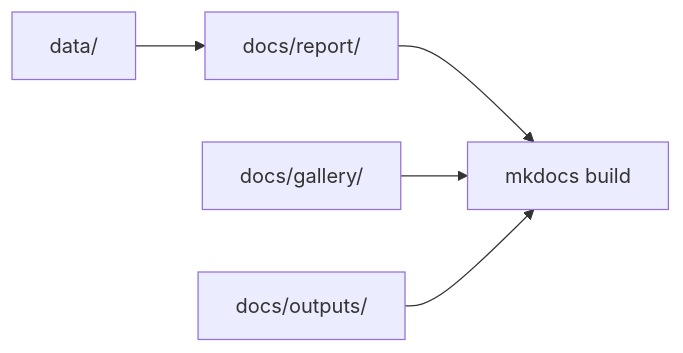
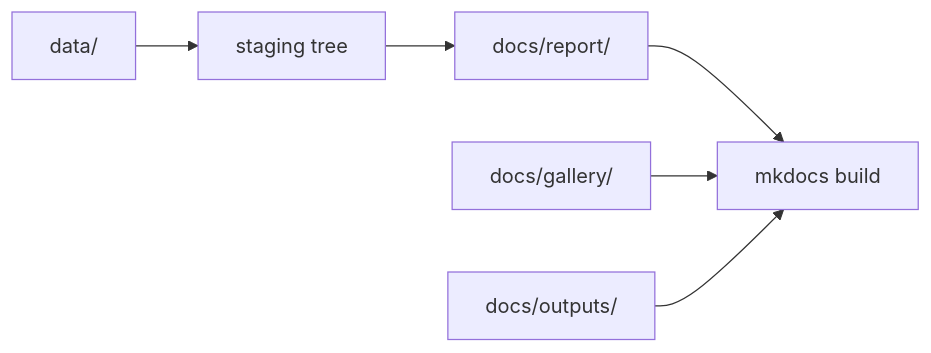
One commit to bijux/bijux-pollenomics changed the diagram in docs/outputs/artifact-lifecycle.md. Above: the diagram before and after it, drawn with Mermaid. The commit also changed other lines of this file and 1 other file, not shown here.

Commit message:
docs(outputs): document staged report publication

````diff
--- a/docs/outputs/artifact-lifecycle.md
+++ b/docs/outputs/artifact-lifecycle.md
@@ -22,7 +22,8 @@
 ```mermaid
 flowchart LR
-    Data[data/] --> Reports[docs/report/]
+    Data[data/] --> ReportStaging[staging tree]
+    ReportStaging --> Reports[docs/report/]
     Reports --> Docs[mkdocs build]
     Gallery[docs/gallery/] --> Docs
     Narrative[docs/outputs/] --> Docs
 ```
````
